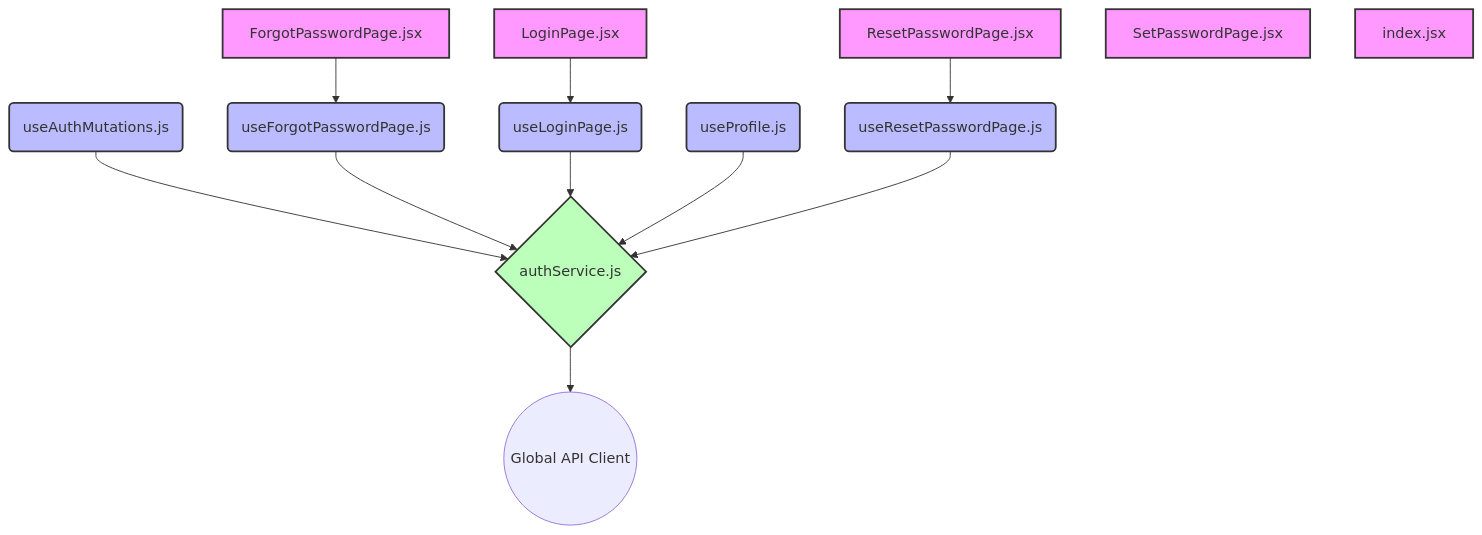
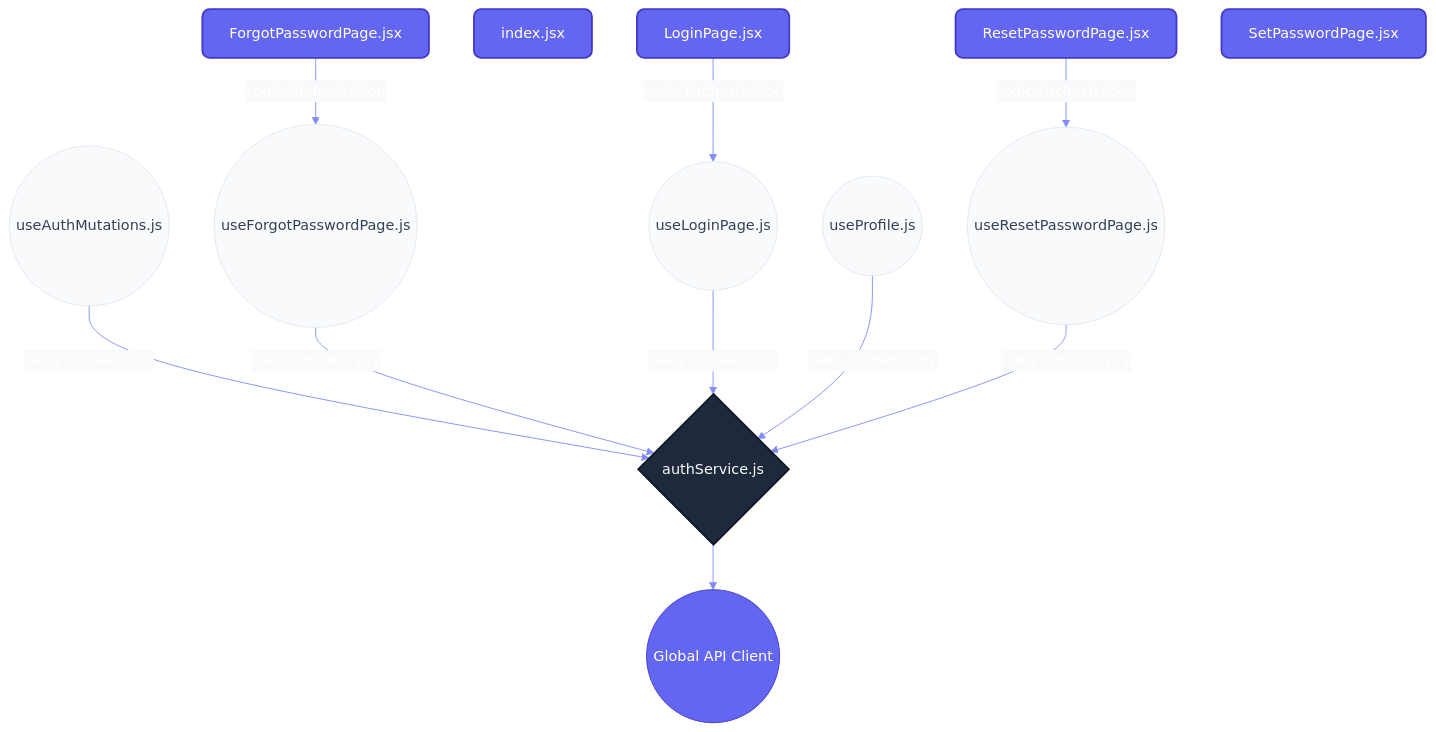
Before and after one commit to nexowebai/nexo-superadmin: the second of 2 diagrams in src/features/auth/README.md, drawn with Mermaid. The commit also changed other lines of this file and 16 other files, not shown here.

````diff
--- a/src/features/auth/README.md
+++ b/src/features/auth/README.md
@@ -30,27 +36,28 @@
 ```mermaid
+%%{init: {'theme': 'base', 'themeVariables': { 'primaryColor': '#6366f1', 'primaryTextColor': '#fff', 'primaryBorderColor': '#4338ca', 'lineColor': '#818cf8', 'secondaryColor': '#f8fafc', 'tertiaryColor': '#e2e8f0'}}}%%
 graph TD
-    classDef page fill:#f9f,stroke:#333,stroke-width:2px;
-    classDef hook fill:#bbf,stroke:#333,stroke-width:2px;
-    classDef service fill:#bfb,stroke:#333,stroke-width:2px;
+    classDef page fill:#6366f1,stroke:#4338ca,stroke-width:2px,color:#fff,rx:8,ry:8;
+    classDef hook fill:#f8fafc,stroke:#e2e8f0,stroke-width:1px,color:#334155,rx:20,ry:20;
+    classDef service fill:#1e293b,stroke:#0f172a,stroke-width:2px,color:#f8fafc,rx:4,ry:4;
 
     ForgotPasswordPage[ForgotPasswordPage.jsx]:::page
-    ForgotPasswordPage --> useForgotPasswordPage
+    ForgotPasswordPage --"Logic Orchestration"--> useForgotPasswordPage
+    index[index.jsx]:::page
     LoginPage[LoginPage.jsx]:::page
-    LoginPage --> useLoginPage
+    LoginPage --"Logic Orchestration"--> useLoginPage
     ResetPasswordPage[ResetPasswordPage.jsx]:::page
-    ResetPasswordPage --> useResetPasswordPage
+    ResetPasswordPage --"Logic Orchestration"--> useResetPasswordPage
     SetPasswordPage[SetPasswordPage.jsx]:::page
-    index[index.jsx]:::page
-    useAuthMutations(useAuthMutations.js):::hook
-    useAuthMutations --> authService
-    useForgotPasswordPage(useForgotPasswordPage.js):::hook
-    useForgotPasswordPage --> authService
-    useLoginPage(useLoginPage.js):::hook
-    useLoginPage --> authService
-    useProfile(useProfile.js):::hook
-    useProfile --> authService
-    useResetPasswordPage(useResetPasswordPage.js):::hook
-    useResetPasswordPage --> authService
+    useAuthMutations((useAuthMutations.js)):::hook
+    useAuthMutations --"Data Connectivity"--> authService
+    useForgotPasswordPage((useForgotPasswordPage.js)):::hook
+    useForgotPasswordPage --"Data Connectivity"--> authService
+    useLoginPage((useLoginPage.js)):::hook
+    useLoginPage --"Data Connectivity"--> authService
+    useProfile((useProfile.js)):::hook
+    useProfile --"Data Connectivity"--> authService
+    useResetPasswordPage((useResetPasswordPage.js)):::hook
+    useResetPasswordPage --"Data Connectivity"--> authService
     authService{authService.js}:::service
-    authService --> API_Client((Global API Client))
+    authService --> API_CORE((Global API Client))
 ```
````
